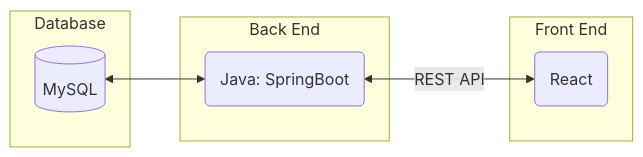
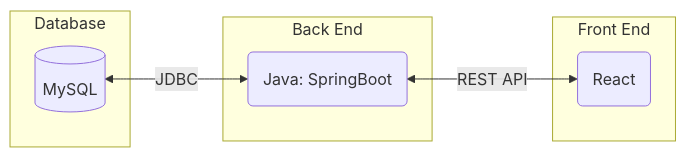
One commit to bjrodrigu/Project_08 changed the first of 6 diagrams in README.md. Above: the diagram before and after it, drawn with Mermaid.

````diff
--- a/README.md
+++ b/README.md
@@ -55,17 +55,17 @@
 ```mermaid
 flowchart RL
 subgraph Front End
 	A(React)
 end
 	
 subgraph Back End
 	B(Java: SpringBoot)
 end
 	
 subgraph Database
 	C[(MySQL)]
 end
 
 A <-->|REST API| B
-B <--> C
+B <--> | JDBC | C
 ```
````
